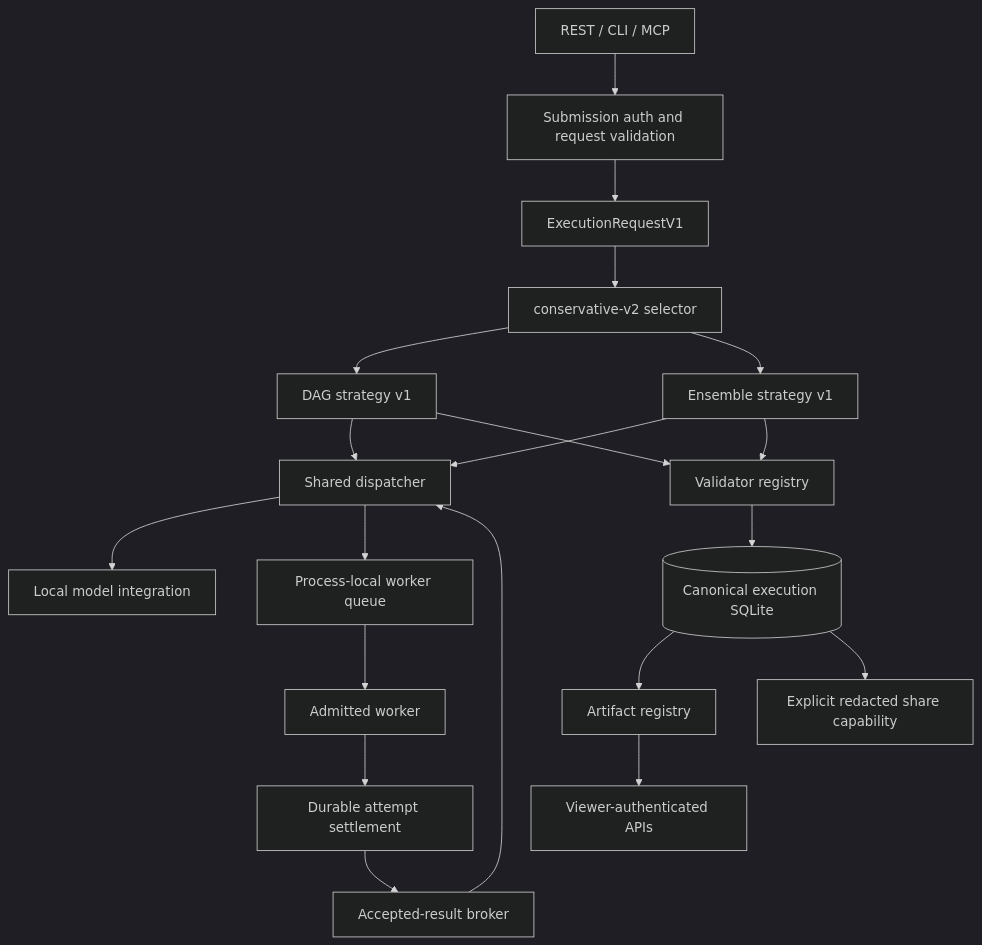
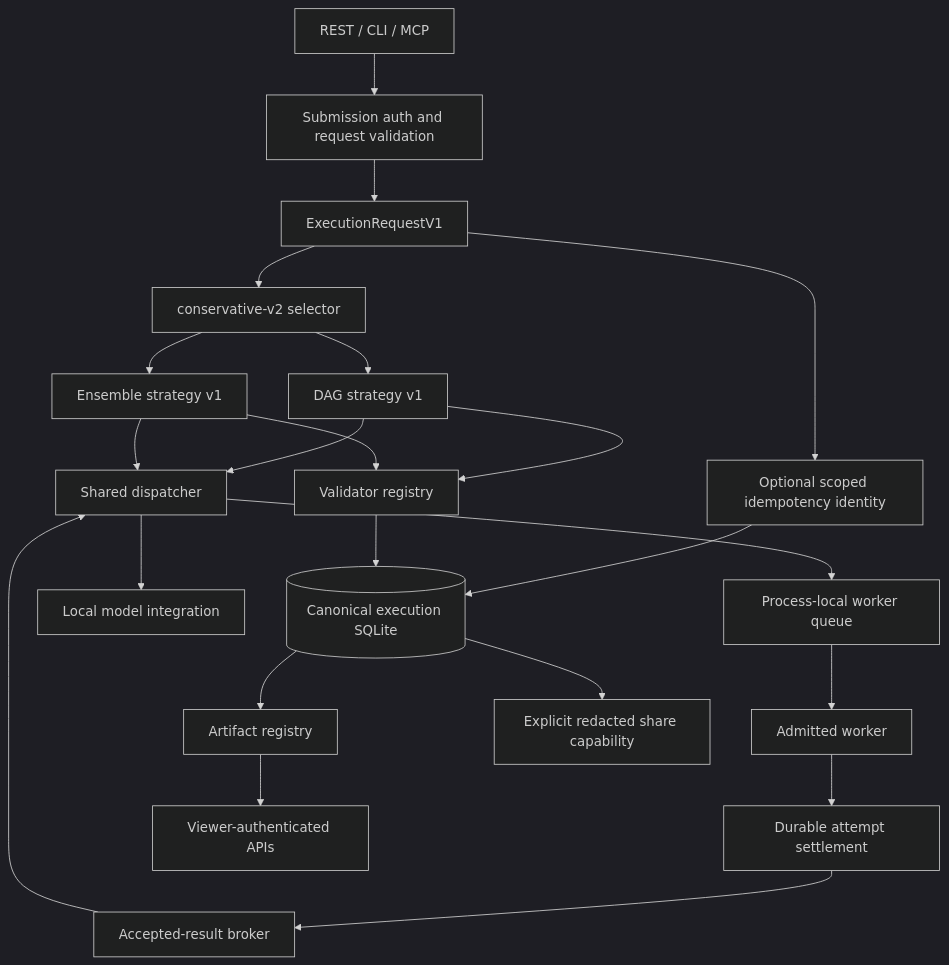
Before and after one commit to Jwrightsman/distributed-orchestrator: the first of 9 diagrams in docs/ARCHITECTURE.md, drawn with Mermaid (dark theme). The commit also changed other lines of this file and 27 other files, not shown here.

````diff
--- a/docs/ARCHITECTURE.md
+++ b/docs/ARCHITECTURE.md
@@ -10,22 +10,24 @@
 ```mermaid
 flowchart TD
     C[REST / CLI / MCP] --> A[Submission auth and request validation]
     A --> R[ExecutionRequestV1]
+    R --> I[Optional scoped idempotency identity]
+    I --> P[(Canonical execution SQLite)]
     R --> S[conservative-v2 selector]
     S --> D[DAG strategy v1]
     S --> E[Ensemble strategy v1]
     D --> X[Shared dispatcher]
     E --> X
     X --> L[Local model integration]
     X --> Q[Process-local worker queue]
     Q --> W[Admitted worker]
     W --> T[Durable attempt settlement]
     T --> B[Accepted-result broker]
     B --> X
     D --> V[Validator registry]
     E --> V
-    V --> P[(Canonical execution SQLite)]
+    V --> P
     P --> F[Artifact registry]
     F --> G[Viewer-authenticated APIs]
     P --> H[Explicit redacted share capability]
 ```
````
